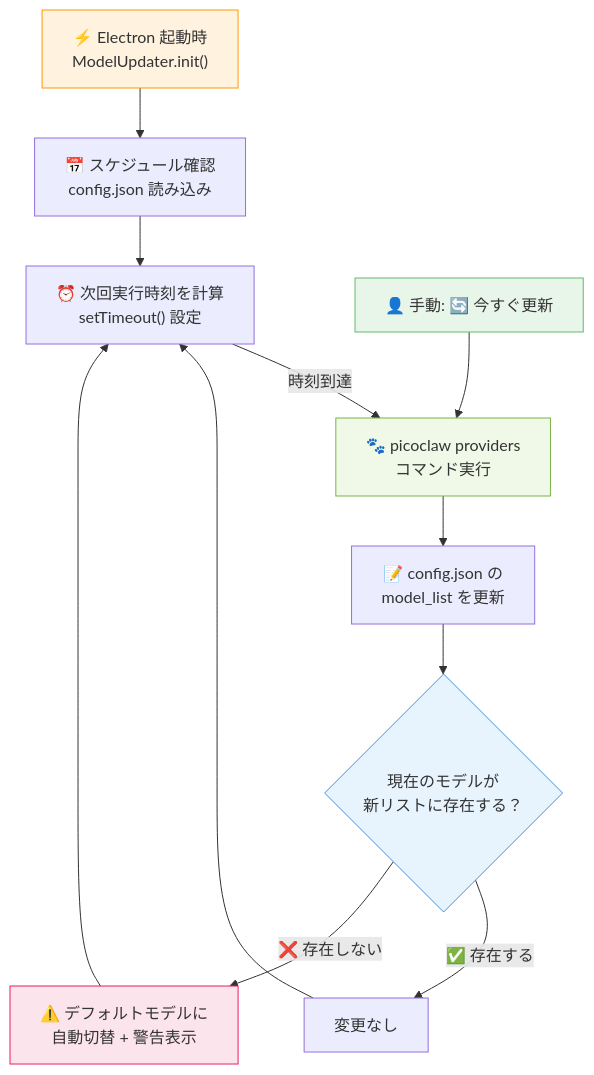
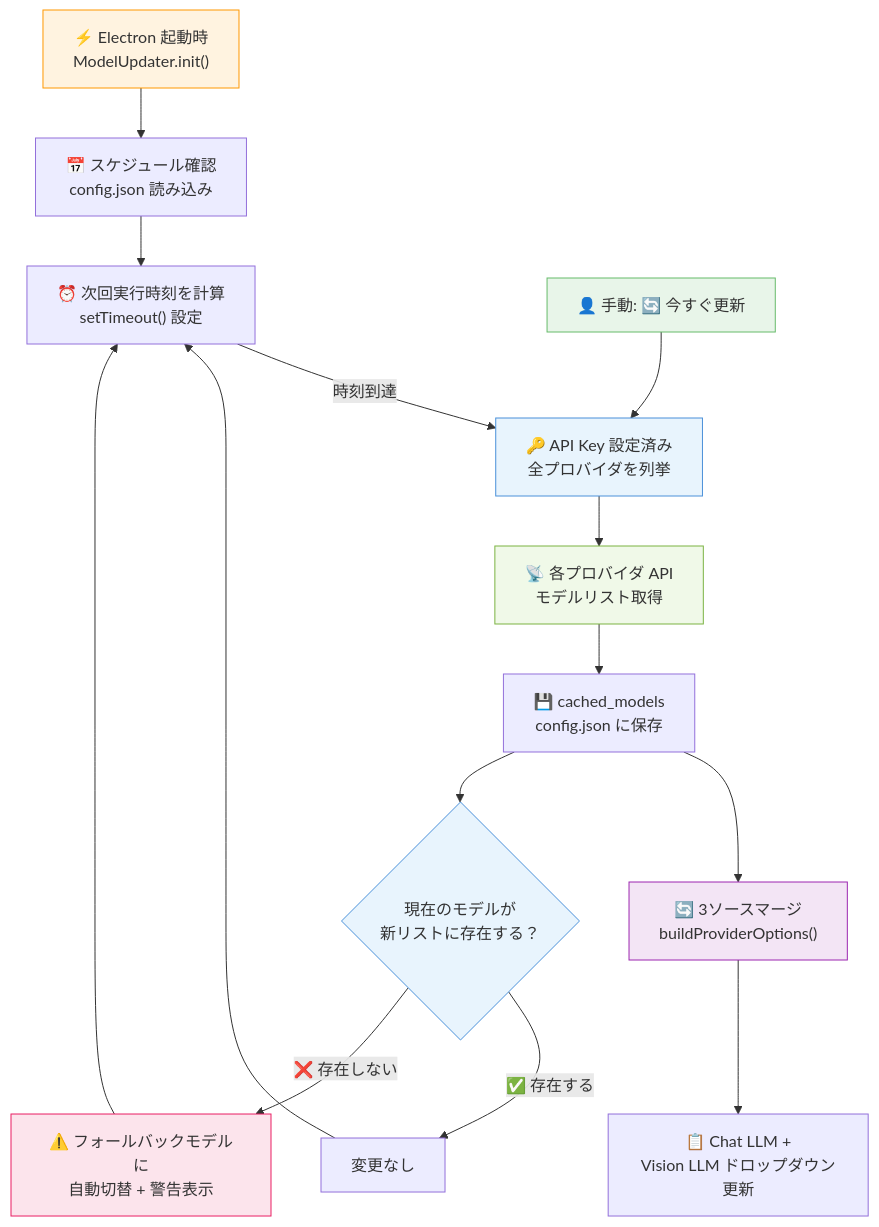
Before and after one commit to sipeed/NanoKVM-USB: the ninth of 11 diagrams in desktop/docs/picoclaw-lock-login-spec.md, drawn with Mermaid. The commit also changed other lines of this file and 23 other files, not shown here.

First line of the commit message:
feat: dynamic Vision LLM dropdown, model-updater all-providers check, vault, spec v2026.03.02

````diff
--- a/desktop/docs/picoclaw-lock-login-spec.md
+++ b/desktop/docs/picoclaw-lock-login-spec.md
@@ -1109,25 +1226,30 @@
 ```mermaid
 flowchart TD
     Start["⚡ Electron 起動時<br>ModelUpdater.init()"] --> CheckSchedule
 
     CheckSchedule["📅 スケジュール確認<br>config.json 読み込み"] --> CalcNext["⏰ 次回実行時刻を計算<br>setTimeout() 設定"]
 
-    CalcNext -- "時刻到達" --> RunProviders["🐾 picoclaw providers<br>コマンド実行"]
-    Manual["👤 手動: 🔄 今すぐ更新"] --> RunProviders
+    CalcNext -- "時刻到達" --> FindProviders["🔑 API Key 設定済み<br>全プロバイダを列挙"]
+    Manual["👤 手動: 🔄 今すぐ更新"] --> FindProviders
 
-    RunProviders --> UpdateConfig["📝 config.json の<br>model_list を更新"]
+    FindProviders --> FetchAPI["📡 各プロバイダ API<br>モデルリスト取得"]
+    FetchAPI --> SaveCache["💾 cached_models<br>config.json に保存"]
+    SaveCache --> Merge["🔄 3ソースマージ<br>buildProviderOptions()"]
+    Merge --> UpdateUI["📋 Chat LLM +<br>Vision LLM ドロップダウン更新"]
 
-    UpdateConfig --> CheckModel{"現在のモデルが<br>新リストに存在する？"}
+    SaveCache --> CheckModel{"現在のモデルが<br>新リストに存在する？"}
 
     CheckModel -- "✅ 存在する" --> NoChange["変更なし"]
-    CheckModel -- "❌ 存在しない" --> AutoSwitch["⚠️ デフォルトモデルに<br>自動切替 + 警告表示"]
+    CheckModel -- "❌ 存在しない" --> AutoSwitch["⚠️ フォールバックモデルに<br>自動切替 + 警告表示"]
 
     NoChange --> CalcNext
     AutoSwitch --> CalcNext
 
     style Start fill:#fff3e0,stroke:#ff9800
-    style RunProviders fill:#f0f9e8,stroke:#7cb342
+    style FindProviders fill:#e8f4fd,stroke:#4a90d9
+    style FetchAPI fill:#f0f9e8,stroke:#7cb342
+    style Merge fill:#f3e5f5,stroke:#9c27b0
     style CheckModel fill:#e8f4fd,stroke:#4a90d9
     style AutoSwitch fill:#fce4ec,stroke:#e91e63
     style Manual fill:#e8f5e9,stroke:#66bb6a
 ```
````
